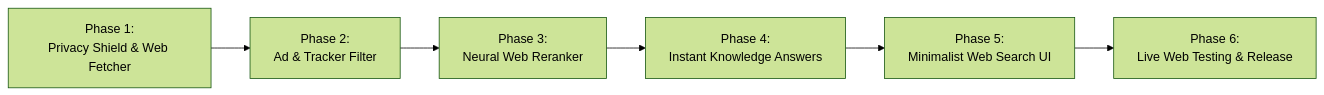
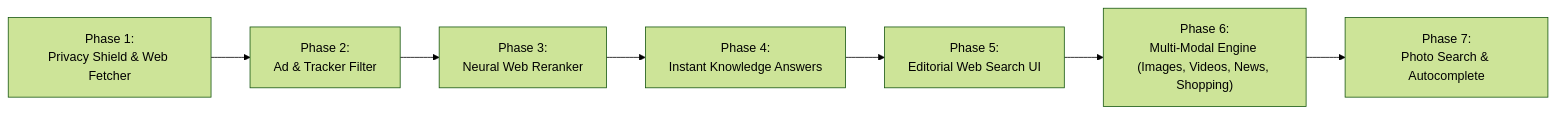
One commit to aftab125-del/neural-search-engine changed the diagram in PHASES.md. Above: the diagram before and after it, drawn with Mermaid (forest theme). The commit also changed other lines of this file and 8 other files, not shown here.

Commit message:
feat: add Google-style search verticals (Images, Videos, News, Shopping), Photo Search with visual analysis, and live autocomplete

````diff
--- a/PHASES.md
+++ b/PHASES.md
@@ -10,8 +10,9 @@
 ```mermaid
 flowchart LR
     P1["Phase 1:<br/>Privacy Shield & Web Fetcher"] --> P2["Phase 2:<br/>Ad & Tracker Filter"]
     P2 --> P3["Phase 3:<br/>Neural Web Reranker"]
     P3 --> P4["Phase 4:<br/>Instant Knowledge Answers"]
-    P4 --> P5["Phase 5:<br/>Minimalist Web Search UI"]
-    P5 --> P6["Phase 6:<br/>Live Web Testing & Release"]
+    P4 --> P5["Phase 5:<br/>Editorial Web Search UI"]
+    P5 --> P6["Phase 6:<br/>Multi-Modal Engine (Images, Videos, News, Shopping)"]
+    P6 --> P7["Phase 7:<br/>Photo Search & Autocomplete"]
 ```
````
